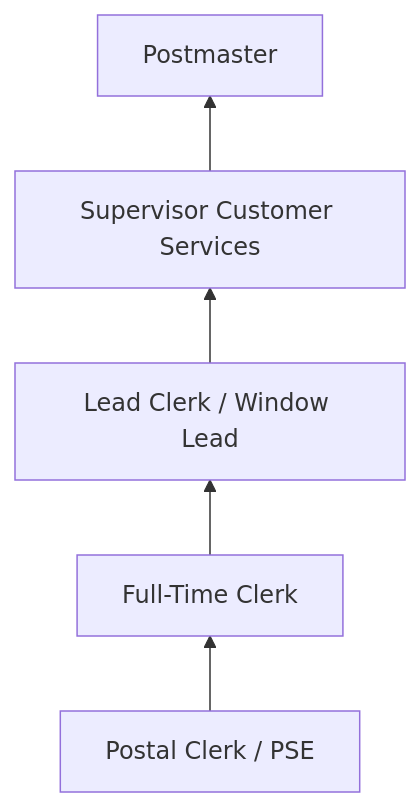
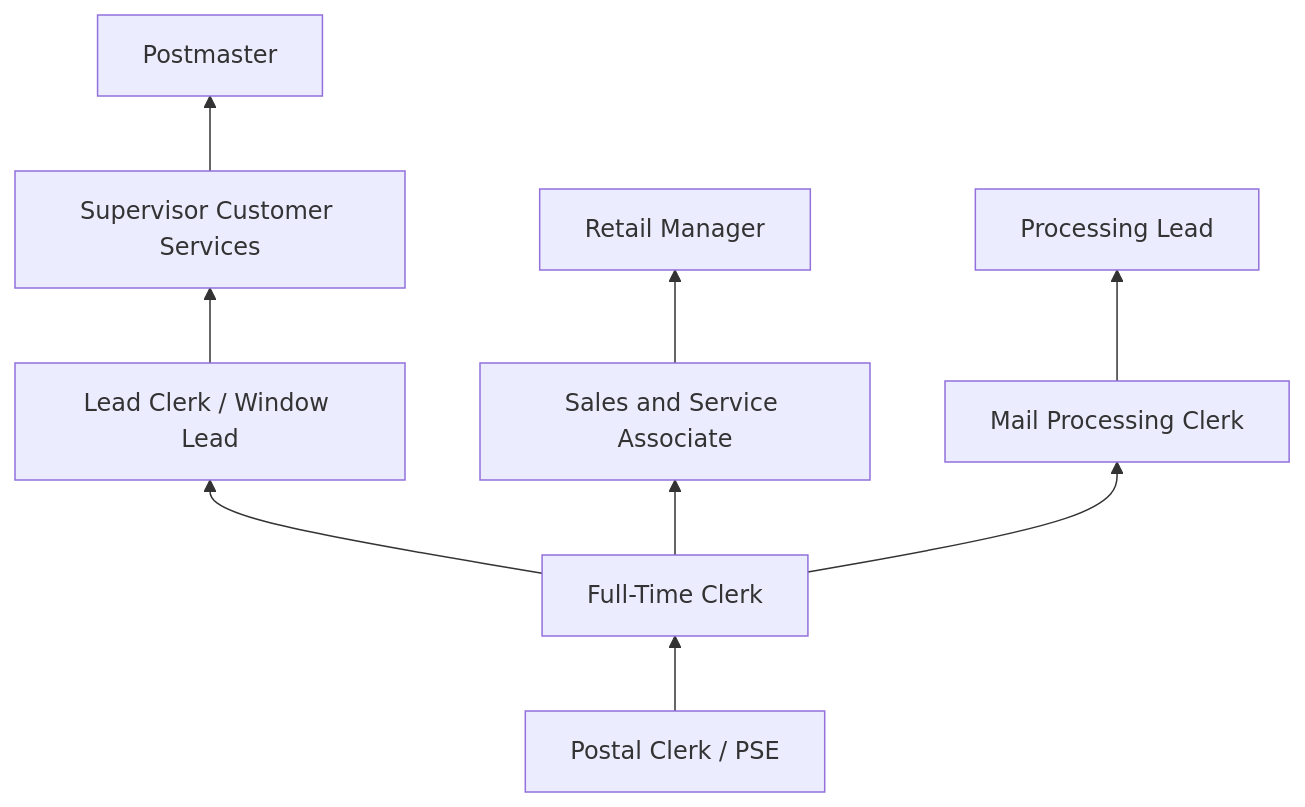
One commit to kziemski/business.org.ai changed the third of 4 diagrams in occupations/Administrative/PostalServiceClerks.mdx. Above: the diagram before and after it, drawn with Mermaid. The commit also changed other lines of this file and 19 other files, not shown here.

````diff
--- a/occupations/Administrative/PostalServiceClerks.mdx
+++ b/occupations/Administrative/PostalServiceClerks.mdx
@@ -75,7 +190,13 @@
 ```mermaid
 graph BT
     Entry["Postal Clerk / PSE"] --> Mid["Full-Time Clerk"]
     Mid --> Lead["Lead Clerk / Window Lead"]
     Lead --> Supervisor["Supervisor Customer Services"]
     Supervisor --> Postmaster["Postmaster"]
+
+    Mid --> Sales["Sales and Service Associate"]
+    Sales --> RetailMgr["Retail Manager"]
+
+    Mid --> Processing["Mail Processing Clerk"]
+    Processing --> ProcLead["Processing Lead"]
 ```
````
